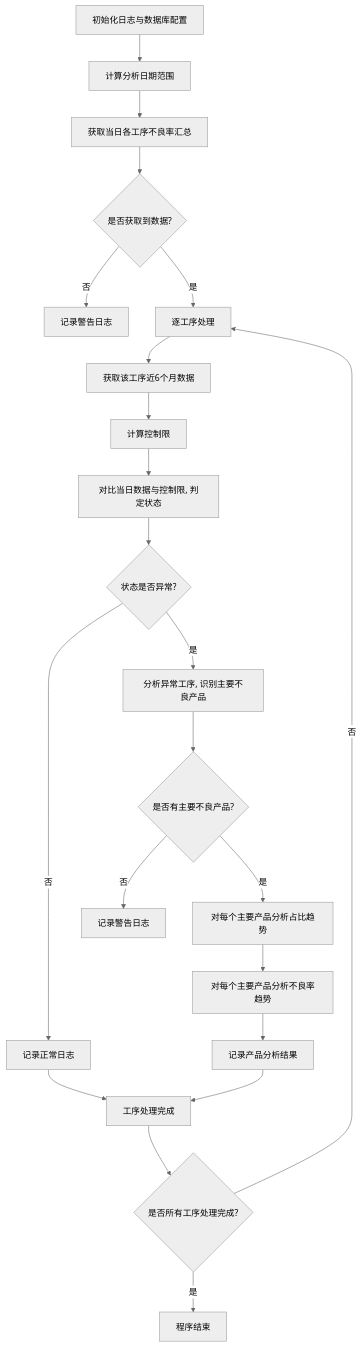
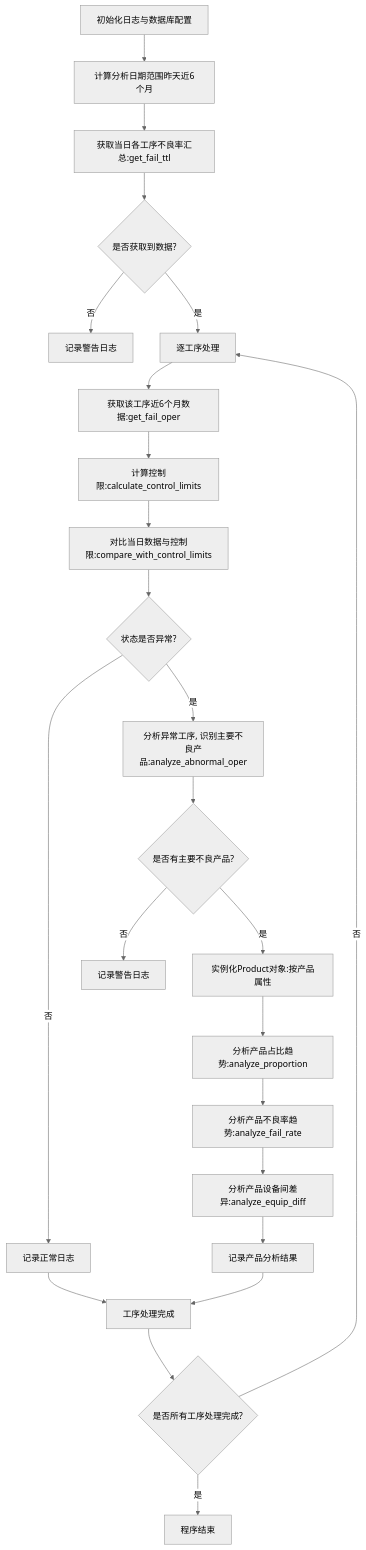
Before and after one commit to TengjunZhao/RPA-Common: the diagram in analysis/生产线不良率（Fail Status）分析项目文档.md, drawn with Mermaid (neutral theme). The commit also changed other lines of this file and 1 other file, not shown here.

First line of the commit message:
Dev fail status analysis

````diff
--- a/analysis/生产线不良率（Fail Status）分析项目文档.md
+++ b/analysis/生产线不良率（Fail Status）分析项目文档.md
@@ -125,24 +154,26 @@
 ```mermaid
 graph TD
-    A[初始化日志与数据库配置] --> B[计算分析日期范围]
-    B --> C[获取当日各工序不良率汇总]
-    C --> D{是否获取到数据?}
-    D -->|否| E[记录警告日志]
-    D -->|是| F[逐工序处理]
-    F --> G[获取该工序近6个月数据]
-    G --> H[计算控制限]
-    H --> I[对比当日数据与控制限, 判定状态]
-    I --> J{状态是否异常?}
-    J -->|否| K[记录正常日志]
-    J -->|是| L[分析异常工序, 识别主要不良产品]
-    L --> M{是否有主要不良产品?}
-    M -->|否| N[记录警告日志]
-    M -->|是| O[对每个主要产品分析占比趋势]
-    O --> P[对每个主要产品分析不良率趋势]
-    P --> Q[记录产品分析结果]
-    K --> R[工序处理完成]
-    Q --> R
-    R --> S{是否所有工序处理完成?}
-    S -->|是| T[程序结束]
-    S -->|否| F
+A[初始化日志与数据库配置] --> B[计算分析日期范围昨天近6个月]
+B --> C[获取当日各工序不良率汇总:get_fail_ttl]
+C --> D{是否获取到数据?}
+D -->|否| E[记录警告日志]
+D -->|是| F[逐工序处理]
+F --> G[获取该工序近6个月数据:get_fail_oper]
+G --> H[计算控制限:calculate_control_limits]
+H --> I[对比当日数据与控制限:compare_with_control_limits]
+I --> J{状态是否异常?}
+J -->|否| K[记录正常日志]
+J -->|是| L[分析异常工序, 识别主要不良产品:analyze_abnormal_oper]
+L --> M{是否有主要不良产品?}
+M -->|否| N[记录警告日志]
+M -->|是| O[实例化Product对象:按产品属性]
+O --> P[分析产品占比趋势:analyze_proportion]
+P --> Q[分析产品不良率趋势:analyze_fail_rate]
+Q --> R[分析产品设备间差异:analyze_equip_diff]
+R --> S[记录产品分析结果]
+K --> T[工序处理完成]
+S --> T
+T --> U{是否所有工序处理完成?}
+U -->|是| V[程序结束]
+U -->|否| F 
 ```
````
